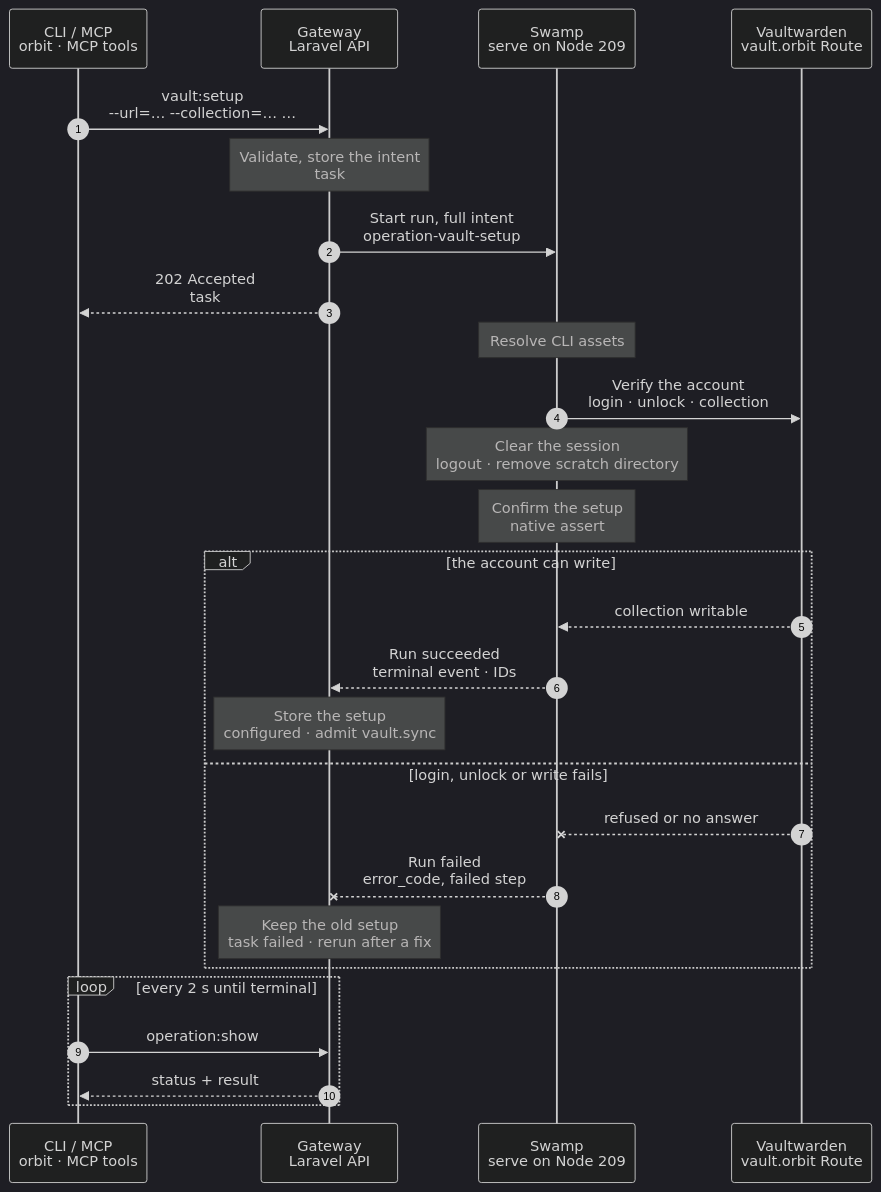
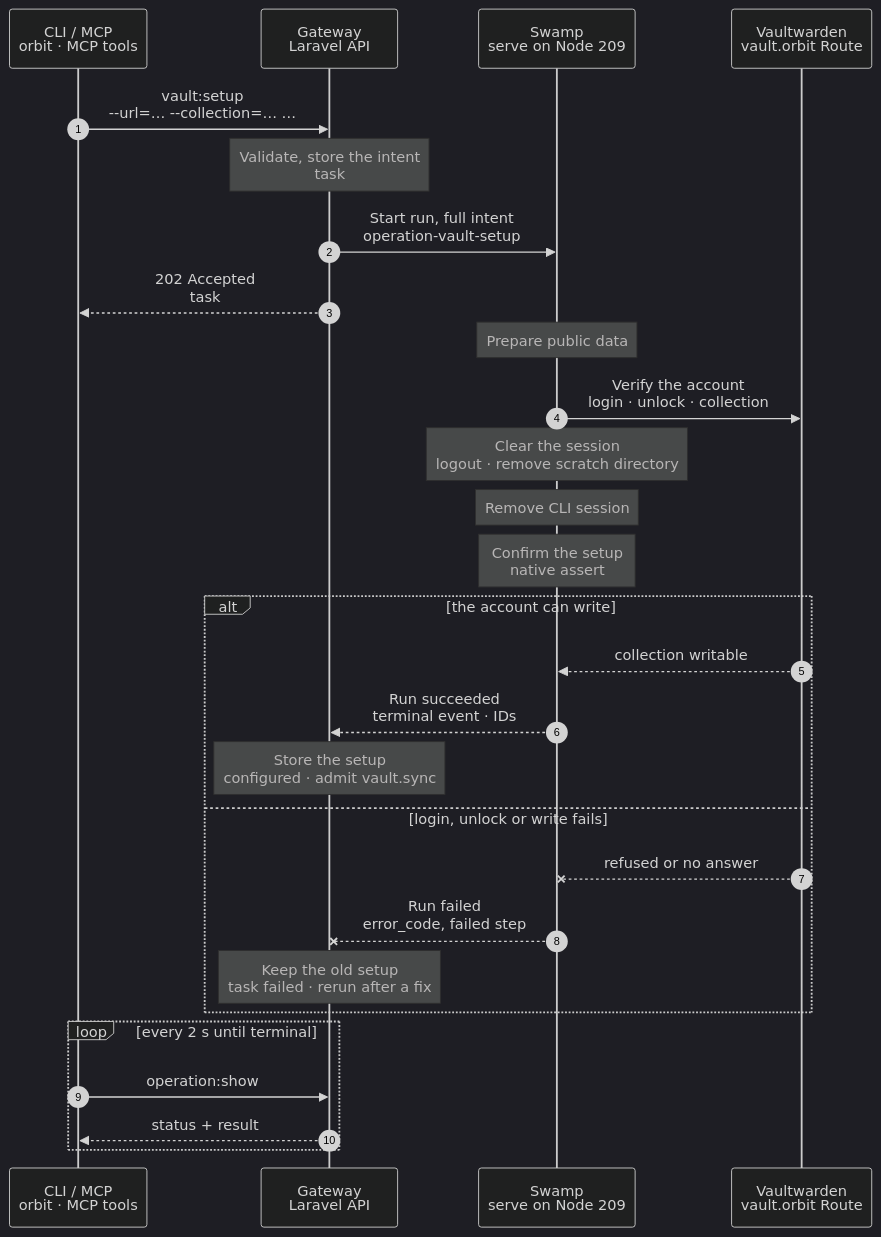
The diagram in docs/cli/vault/setup.mmd (hardimpactdev/orbit), drawn with Mermaid (dark theme) before and after one commit. The commit also changed 24 other files, not shown here.

```diff
--- a/docs/cli/vault/setup.mmd
+++ b/docs/cli/vault/setup.mmd
@@ -1,99 +1,99 @@
 sequenceDiagram
   %% Target design: ADR 0244 task, DECISIONS R2-R4, swamp-vault-design (Vaultwarden = human copy). docs/reference/vaultwarden.md.
   %% Tightened: flow-tighten 2026-11-02, rule 22 (no script-read step; the Bitwarden CLI calls run on 209).
   %% status: draft
   %% command: vault:setup
   %% kind: vault.setup
   autonumber
   %% lane CLI icon=terminal pill=caller tone=gray
   %% lane GW icon=gateway pill=intent tone=blue
   %% lane SW icon=workflow pill=executes tone=green
   %% lane VW icon=server pill=target tone=purple
   participant CLI as CLI / MCP<br/>orbit · MCP tools
   participant GW as Gateway<br/>Laravel API
   participant SW as Swamp<br/>serve on Node 209
   participant VW as Vaultwarden<br/>vault.orbit Route
   CLI->>GW: vault:setup<br/>--url=… --collection=… …
   %%> Command:
   %%> - `orbit vault:setup --url=https://vault.orbit --client-id=user.3f0c… --client-secret-file=./client-secret --master-password-file=./master-password --organization=Orbit --collection=Databases`
   %%> - syntax: `--url=ORIGIN --client-id=ID --client-secret-file=PATH --master-password-file=PATH --organization=NAME|ID --collection=NAME|ID`
   %%> Input:
   %%> - the Vaultwarden origin, the Gateway account's API key and master password, and the organization and collection
   %%> - the CLI reads the secrets from files, never from arguments
   Note over GW: Validate, store the intent<br/>task #5167 · secrets to vault
   %%> Requirements:
   %%> - the `vault` extension is on; your Node has an access grant to the Gateway
   %%> - the URL is HTTPS on a `.orbit` host, else `vault.url_invalid`
   %%> - no other setup, sync or teardown runs, else `vault.sync_busy`
   %%> - with items published, the organization and collection stay the same, else `vault.items_published`
   %%> What it does:
   %%> - stores the setup intent encrypted, then pushes the client secret and master password to the Swamp vault under a setup key after commit (R3)
   %%> Result:
   %%> - task #5167 recorded; the current setup, if any, stays in force
   GW->>SW: Start run, full intent<br/>operation-vault-setup
   %%> What it does:
   %%> - starts one Swamp run on serve (Node 209); no Node is a target
   %%> Inputs:
   %%> - the URL, client ID, organization and collection, and the vault key names; never the secrets
   GW-->>CLI: 202 Accepted<br/>task #5167
   %%> What you get:
   %%> - the task number, at once
   %%> Next:
   %%> - the CLI follows the task with `operation:show`, then prints `vault:status`
-  Note over SW: Resolve CLI assets
+  Note over SW: Prepare public data
   %%> What it does:
-  %%> - resolves worker-local CLI asset paths with Swamp's extensionFile API and serializes the public intent
-  %%> Why separate:
-  %%> - pinned command/shell accepts a command and environment, but has no extension asset input; workers have no repository checkout
-  %%> - reads no script contents or credentials and makes no Gateway or Node call
+  %%> - serializes the frozen public intent for the native CLI environment; resolves no script assets
   SW->>VW: Verify the account<br/>login · unlock · collection
   %%> What it does:
   %%> - configures the official Bitwarden CLI in a private scratch directory, logs in, unlocks, and reads the collection
   %%> - resolves the organization and collection by name or ID and checks write access
   %%> - refuses a changed collection while published items exist
   %%> How:
   %%> - all work runs on a worker labelled role=swamp; only the Orbit root CA extends TLS trust
   %%> - credentials arrive from vault.get in the command environment; session keys stay in the scratch directory
   %%> Returns:
   %%> - only the account email, organization and collection IDs and names, and configured status
   Note over SW: Clear the session<br/>logout · remove scratch directory
   %%> What it does:
   %%> - native completed dependencies run cleanup after verification succeeds or fails
   %%> - logout is best effort; the scratch directory and session key are removed
+  Note over SW: Remove CLI session
+  %%> What it does:
+  %%> - deletes the private CLI cache after cleanup succeeds or fails
   Note over SW: Confirm the setup<br/>native assert
   %%> What it does:
   %%> - checks the verification result with Swamp's native assert; no second login or write
   %%> Retry:
   %%> - native resume keeps completed verification; a new setup verifies credentials again in a fresh scratch directory
   alt the account can write
     VW-->>SW: collection writable
     %%> Returns:
     %%> - the account email and the organization and collection IDs
     SW-->>GW: Run succeeded<br/>terminal event · IDs
     %%> How the Gateway learns it:
     %%> - its shared run reader sees the terminal event; Swamp never calls the Gateway
     Note over GW: Store the setup<br/>configured · admit vault.sync
     %%> Result:
     %%> - the setup is stored encrypted and `vault:status` shows `configured`
     %%> - task #5167 succeeds, and the Gateway admits a first `vault.sync`
   else login, unlock or write fails
     VW--xSW: refused or no answer
     %%> When:
     %%> - a wrong API key or master password, an unknown organization or collection, no write access, or TLS fails
     SW--xGW: Run failed<br/>error_code, failed step
     %%> The Gateway reads:
     %%> - which step failed and its safe error code
     Note over GW: Keep the old setup<br/>task failed · rerun after a fix
     %%> Result:
     %%> - the new setup is not stored; an earlier setup stays in force; task #5167 fails
     %%> Retry:
     %%> - run the same command again with fixed values; it is a new task
   end
   loop every 2 s until terminal
     CLI->>GW: operation:show #5167
     %%> What it does:
     %%> - asks for the task's status every 2 seconds until it has ended
     GW-->>CLI: status + result
     %%> Returns:
     %%> - the current status, and the result once the task has ended
   end
```
